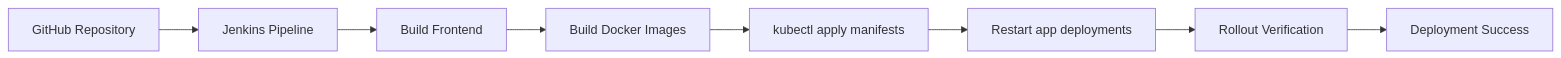
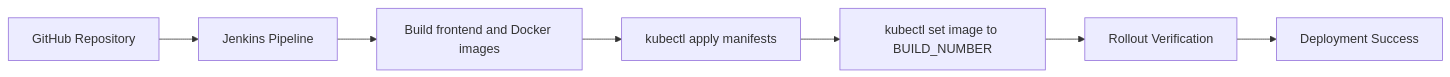
The third of 6 diagrams in docs/architecture.md (RishiSharma45/smart-water-monitoring-platform), drawn with Mermaid before and after one commit. The commit also changed 12 other files, not shown here.

````diff
--- a/docs/architecture.md
+++ b/docs/architecture.md
@@ -92,10 +92,9 @@
 ```mermaid
 flowchart LR
     Git["GitHub Repository"] --> Jenkins["Jenkins Pipeline"]
-    Jenkins --> Build["Build Frontend"]
-    Build --> Images["Build Docker Images"]
-    Images --> Deploy["kubectl apply manifests"]
-    Deploy --> Restart["Restart app deployments"]
-    Restart --> Verify["Rollout Verification"]
+    Jenkins --> Build["Build frontend and Docker images"]
+    Build --> Deploy["kubectl apply manifests"]
+    Deploy --> Images["kubectl set image to BUILD_NUMBER"]
+    Images --> Verify["Rollout Verification"]
     Verify --> Success["Deployment Success"]
 ```
````
